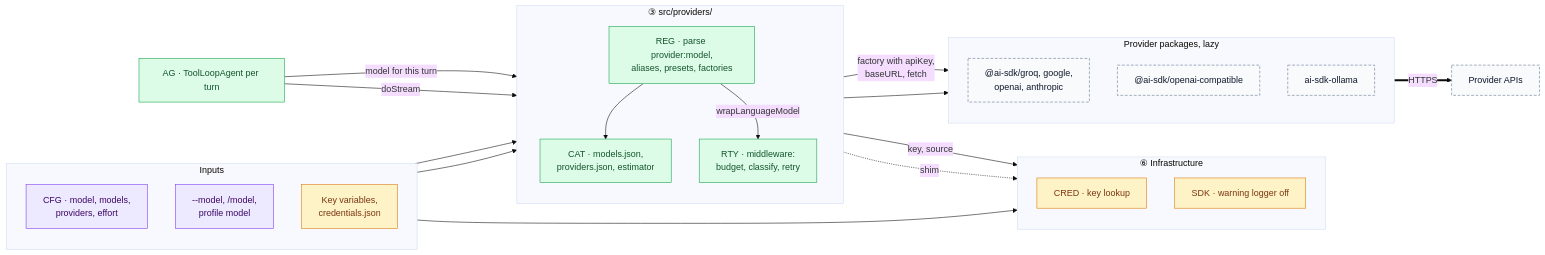
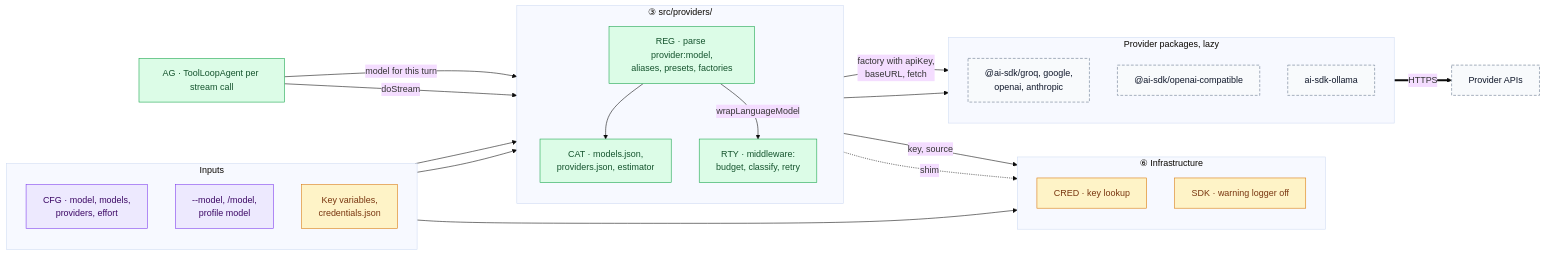
One commit to Dakshnagpal/antai-agent changed the first of 8 diagrams in docs/Deliverables/09_model_provider_integration.md. Above: the diagram before and after it, drawn with Mermaid (base theme). The commit also changed other lines of this file and 18 other files, not shown here.

````diff
--- a/docs/Deliverables/09_model_provider_integration.md
+++ b/docs/Deliverables/09_model_provider_integration.md
@@ -88,48 +91,48 @@
 ```mermaid
 flowchart LR
     subgraph IN["Inputs"]
         direction TB
         CF["CFG · model, models,<br/>providers, effort"]
         UC["--model, /model,<br/>profile model"]
         EV["Key variables,<br/>credentials.json"]
     end
     subgraph RT["③ src/providers/"]
         direction TB
         REG["REG · parse provider:model,<br/>aliases, presets, factories"]
         CAT["CAT · models.json,<br/>providers.json, estimator"]
         RTY["RTY · middleware:<br/>budget, classify, retry"]
     end
     subgraph IF["⑥ Infrastructure"]
         direction TB
         CRED["CRED · key lookup"]
         SDK["SDK · warning logger off"]
     end
     subgraph PK["Provider packages, lazy"]
         direction TB
         P1["@ai-sdk/groq, google,<br/>openai, anthropic"]
         P2["@ai-sdk/openai-compatible"]
         P3["ai-sdk-ollama"]
     end
-    AG["AG · ToolLoopAgent per turn"]
+    AG["AG · ToolLoopAgent per stream call"]
     LLM["Provider APIs"]
     CF --> REG
     UC --> REG
     REG --> CAT
     REG -- "key, source" --> CRED
     EV --> CRED
     REG -- "factory with apiKey,<br/>baseURL, fetch" --> PK
     REG -- "wrapLanguageModel" --> RTY
     REG -. "shim" .-> SDK
     AG -- "model for this turn" --> REG
     AG -- "doStream" --> RTY
     RTY --> PK
     PK == "HTTPS" ==> LLM
     classDef orch fill:#ede9fe,stroke:#7c3aed,color:#3b0764
     classDef core fill:#dcfce7,stroke:#16a34a,color:#14532d
     classDef infra fill:#fef3c7,stroke:#d97706,color:#78350f
     classDef ext fill:#f8fafc,stroke:#64748b,color:#0f172a,stroke-dasharray:5 3
     class CF,UC orch
     class REG,CAT,RTY,AG core
     class CRED,SDK,EV infra
     class P1,P2,P3,LLM ext
 ```
````
